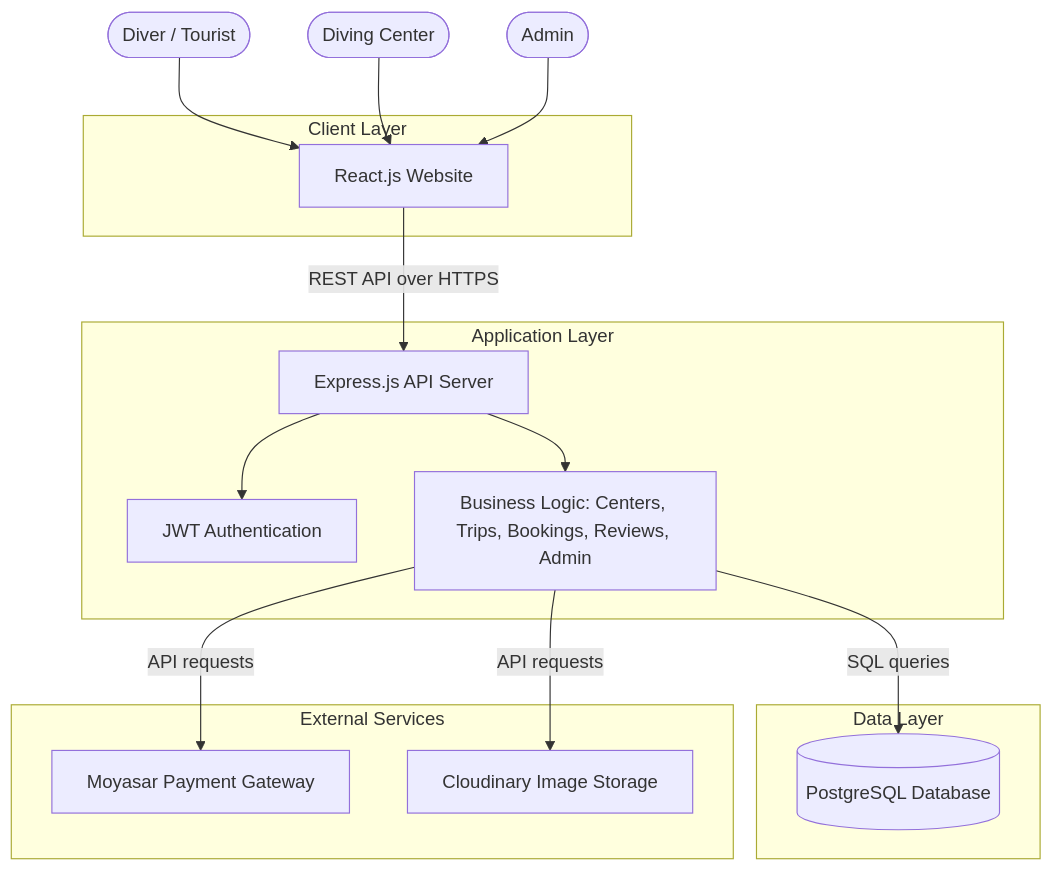
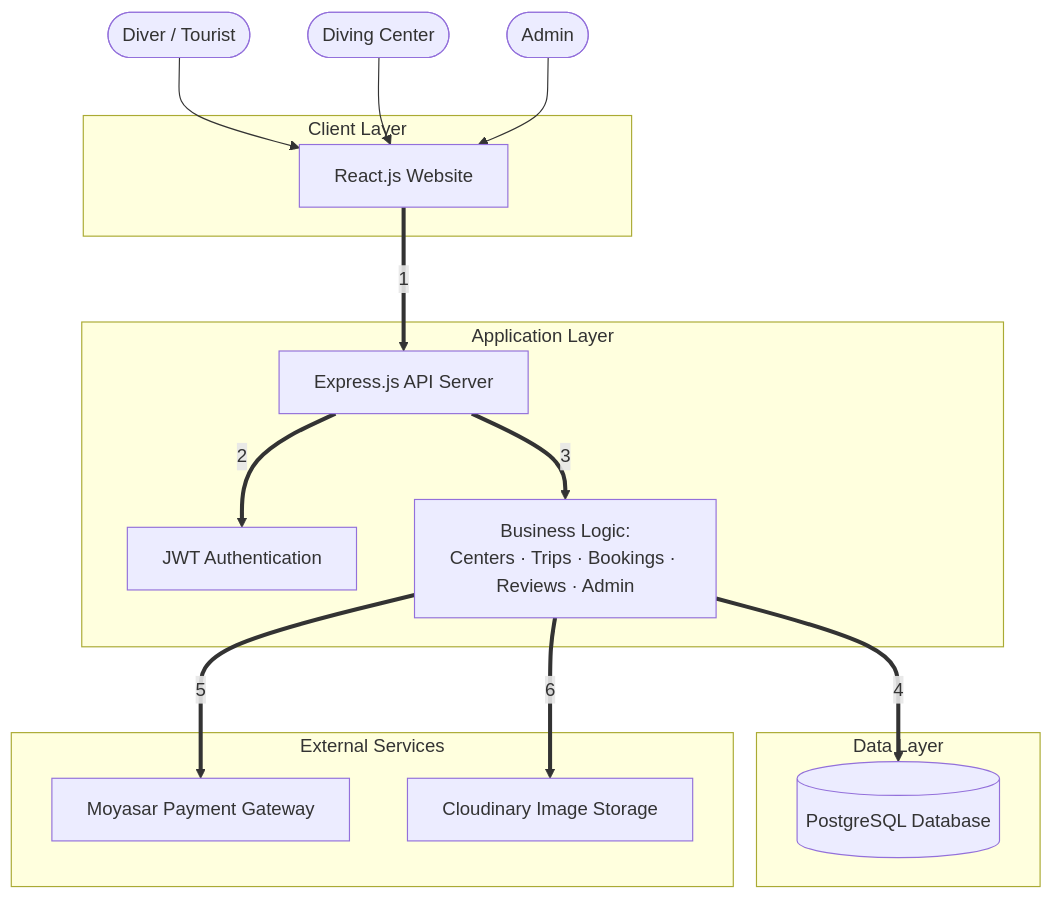
One commit to laradreamer79/Portfolio-Project changed the first of 6 diagrams in stage 3/README.md. Above: the diagram before and after it, drawn with Mermaid. The commit also changed other lines of this file, not shown here.

Commit message:
Use numbered connections with a legend table below the diagram to eliminate label-arrow overlap

````diff
--- a/stage 3/README.md
+++ b/stage 3/README.md
@@ -80,38 +80,38 @@
 ```mermaid
 flowchart TB
     Diver([Diver / Tourist])
     Center([Diving Center])
     Admin([Admin])
 
     Diver --> WebApp
     Center --> WebApp
     Admin --> WebApp
 
     subgraph Client["Client Layer"]
         WebApp["React.js Website"]
     end
 
-    WebApp -- "REST API over HTTPS" --> API
+    WebApp ==>|"1"| API
 
     subgraph Server["Application Layer"]
         API["Express.js API Server"]
         Auth["JWT Authentication"]
-        BL["Business Logic: Centers, Trips, Bookings, Reviews, Admin"]
+        BL["Business Logic:<br/>Centers · Trips · Bookings · Reviews · Admin"]
 
-        API --> Auth
-        API --> BL
+        API ==>|"2"| Auth
+        API ==>|"3"| BL
     end
 
-    BL -- "SQL queries" --> DB
-    BL -- "API requests" --> Payment
-    BL -- "API requests" --> Media
+    BL ==>|"4"| DB
+    BL ==>|"5"| Payment
+    BL ==>|"6"| Media
 
     subgraph Persistence["Data Layer"]
         DB[("PostgreSQL Database")]
     end
 
     subgraph Integrations["External Services"]
         Payment["Moyasar Payment Gateway"]
         Media["Cloudinary Image Storage"]
     end
 ```
````
